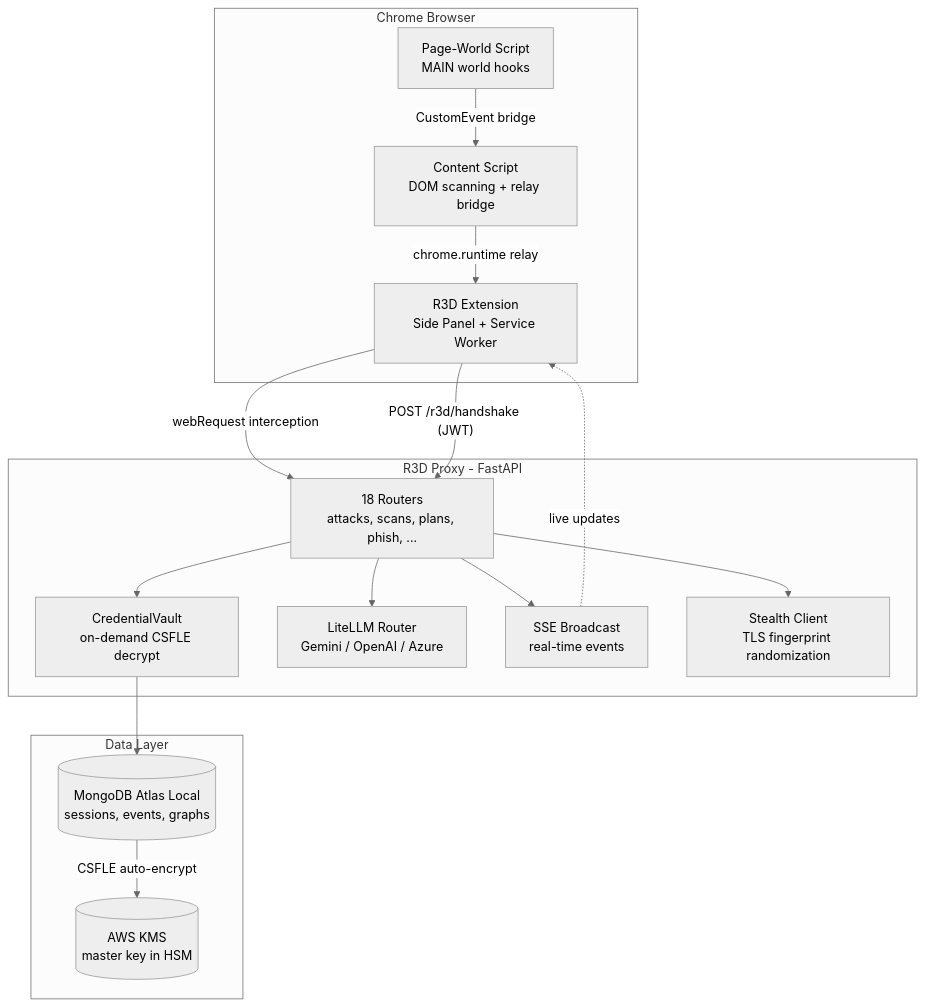
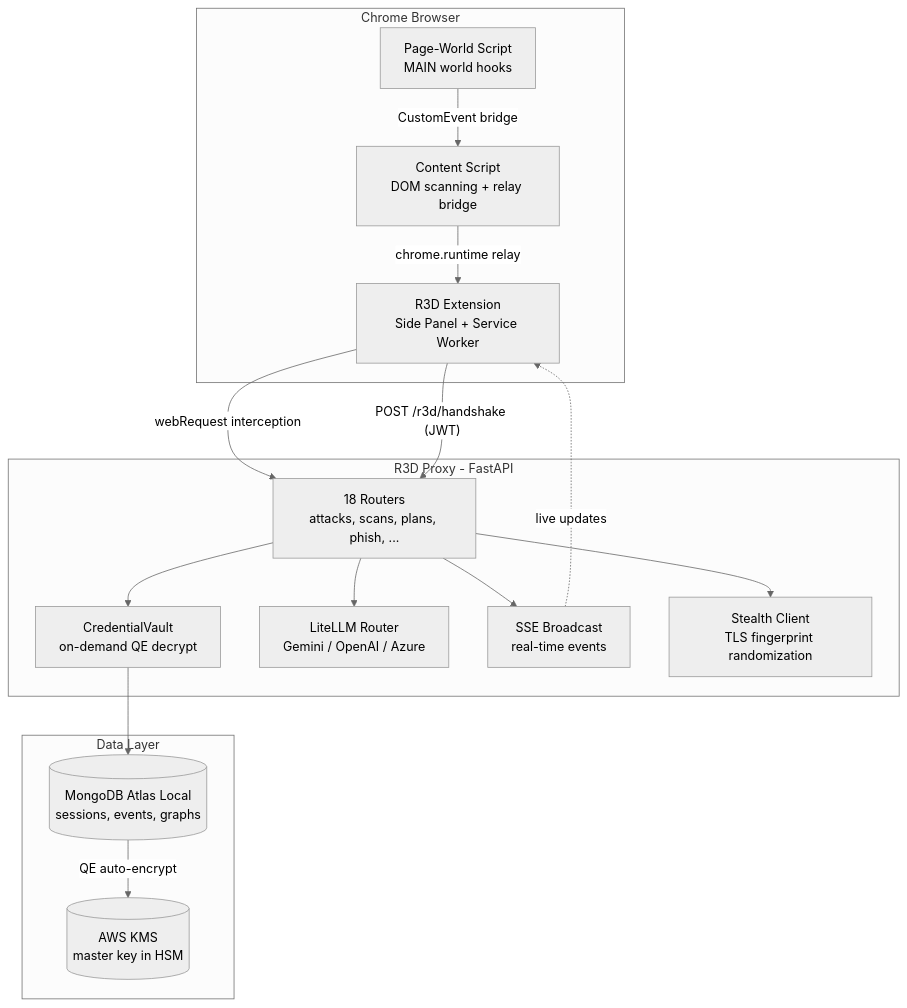
The diagram in r3d-proxy/blog/part1-architecture.md (oblivio/r3d-xtension), drawn with Mermaid (neutral theme) before and after one commit. The commit also changed other lines of this file and 23 other files, not shown here.

````diff
--- a/r3d-proxy/blog/part1-architecture.md
+++ b/r3d-proxy/blog/part1-architecture.md
@@ -34,33 +35,33 @@
 ```mermaid
 flowchart TB
     subgraph browser [Chrome Browser]
         Extension[R3D Extension<br/>Side Panel + Service Worker]
         PageWorld[Page-World Script<br/>MAIN world hooks]
         ContentScript[Content Script<br/>DOM scanning + relay bridge]
     end
 
     subgraph proxy [R3D Proxy - FastAPI]
         API[18 Routers<br/>attacks, scans, plans, phish, ...]
-        Vault[CredentialVault<br/>on-demand CSFLE decrypt]
+        Vault[CredentialVault<br/>on-demand QE decrypt]
         LLM[LiteLLM Router<br/>Gemini / OpenAI / Azure]
         SSE[SSE Broadcast<br/>real-time events]
         Stealth[Stealth Client<br/>TLS fingerprint randomization]
     end
 
     subgraph data [Data Layer]
         MongoDB[(MongoDB Atlas Local<br/>sessions, events, graphs)]
         KMS[(AWS KMS<br/>master key in HSM)]
     end
 
     Extension -->|webRequest interception| API
     Extension -->|"POST /r3d/handshake (JWT)"| API
     PageWorld -->|CustomEvent bridge| ContentScript
     ContentScript -->|chrome.runtime relay| Extension
     API --> Vault
     API --> LLM
     API --> SSE
     API --> Stealth
     Vault --> MongoDB
-    MongoDB -->|CSFLE auto-encrypt| KMS
+    MongoDB -->|QE auto-encrypt| KMS
     SSE -.->|live updates| Extension
 ```
````
